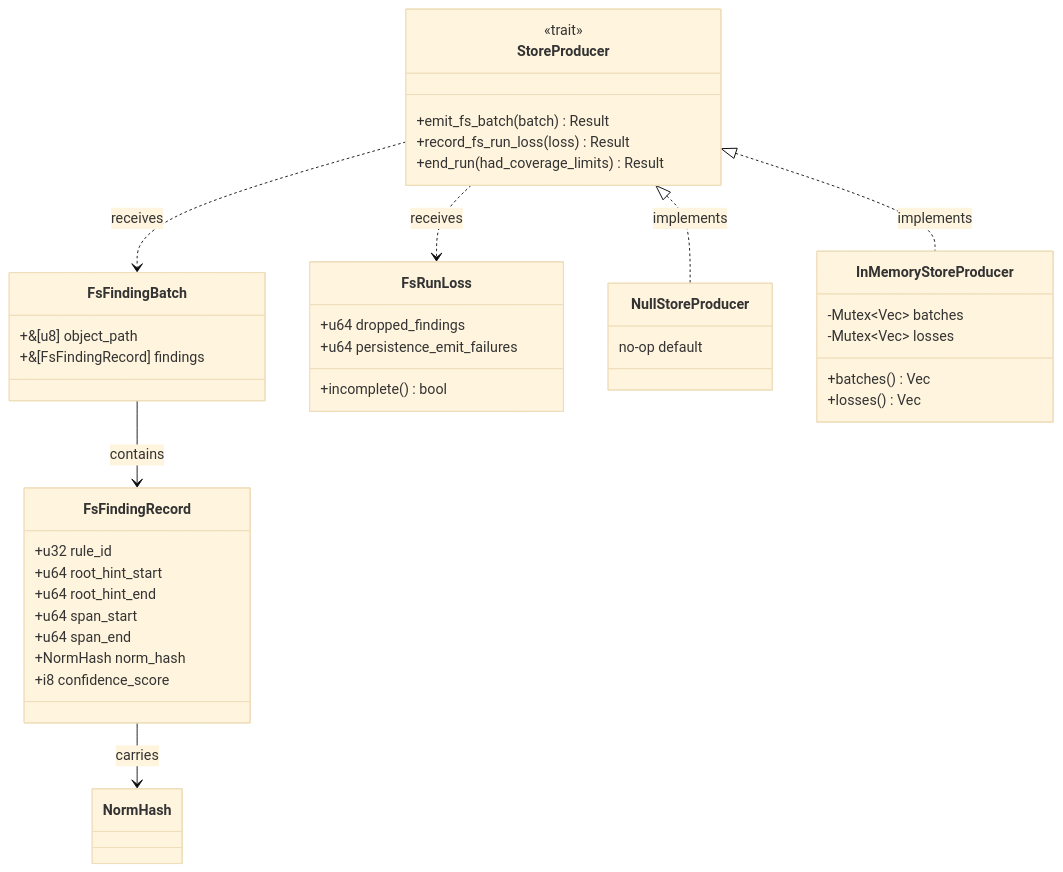
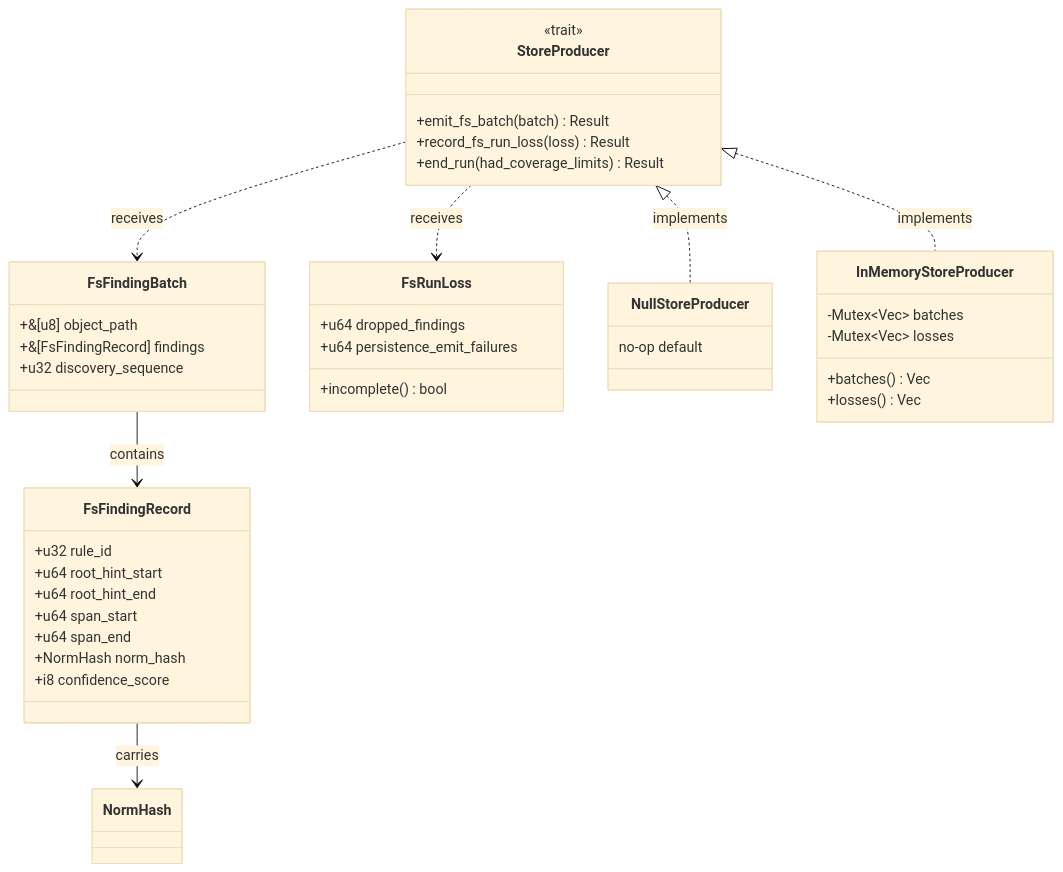
Before and after one commit to ahrav/Gossip-rs: the fifth of 6 diagrams in docs/data-types.md, drawn with Mermaid (base theme). The commit also changed other lines of this file, not shown here.

````diff
--- a/docs/data-types.md
+++ b/docs/data-types.md
@@ -466,50 +467,51 @@
 ```mermaid
 classDiagram
     direction TB
 
     class FsFindingRecord {
         +u32 rule_id
         +u64 root_hint_start
         +u64 root_hint_end
         +u64 span_start
         +u64 span_end
         +NormHash norm_hash
         +i8 confidence_score
     }
 
     class FsFindingBatch {
         +&[u8] object_path
         +&[FsFindingRecord] findings
+        +u32 discovery_sequence
     }
 
     class FsRunLoss {
         +u64 dropped_findings
         +u64 persistence_emit_failures
         +incomplete() bool
     }
 
     class StoreProducer {
         <<trait>>
         +emit_fs_batch(batch) Result
         +record_fs_run_loss(loss) Result
         +end_run(had_coverage_limits) Result
     }
 
     class NullStoreProducer {
         no-op default
     }
 
     class InMemoryStoreProducer {
         -Mutex~Vec~ batches
         -Mutex~Vec~ losses
         +batches() Vec
         +losses() Vec
     }
 
     FsFindingBatch --> FsFindingRecord : contains
     FsFindingRecord --> NormHash : carries
     StoreProducer <|.. NullStoreProducer : implements
     StoreProducer <|.. InMemoryStoreProducer : implements
     StoreProducer ..> FsFindingBatch : receives
     StoreProducer ..> FsRunLoss : receives
 ```
````
